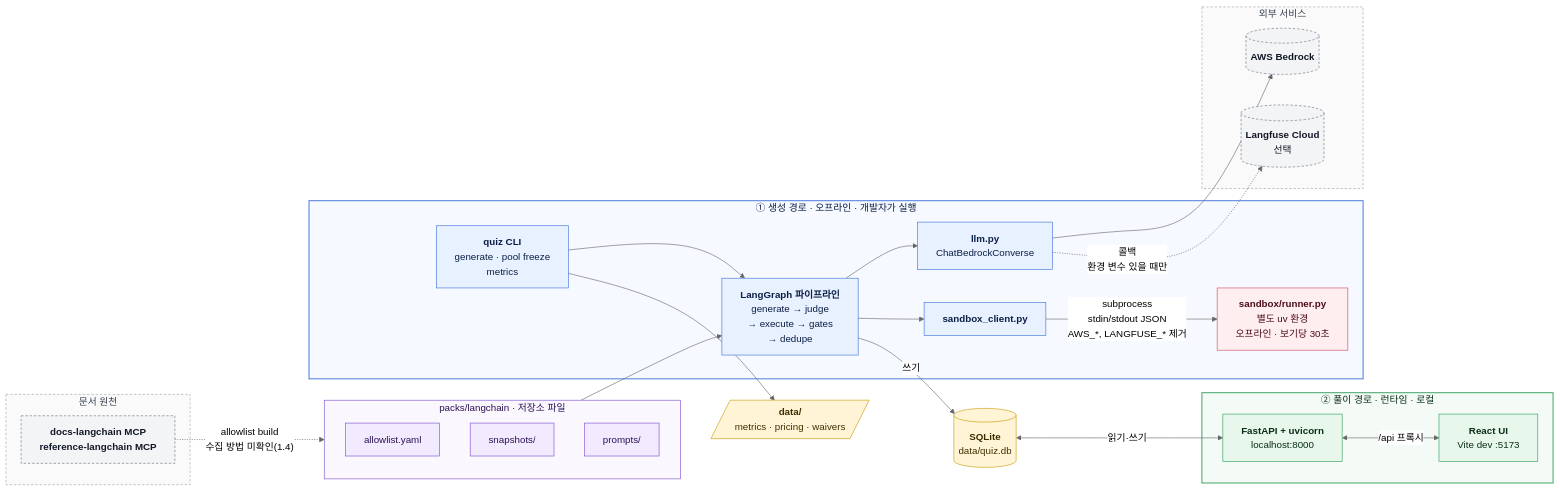
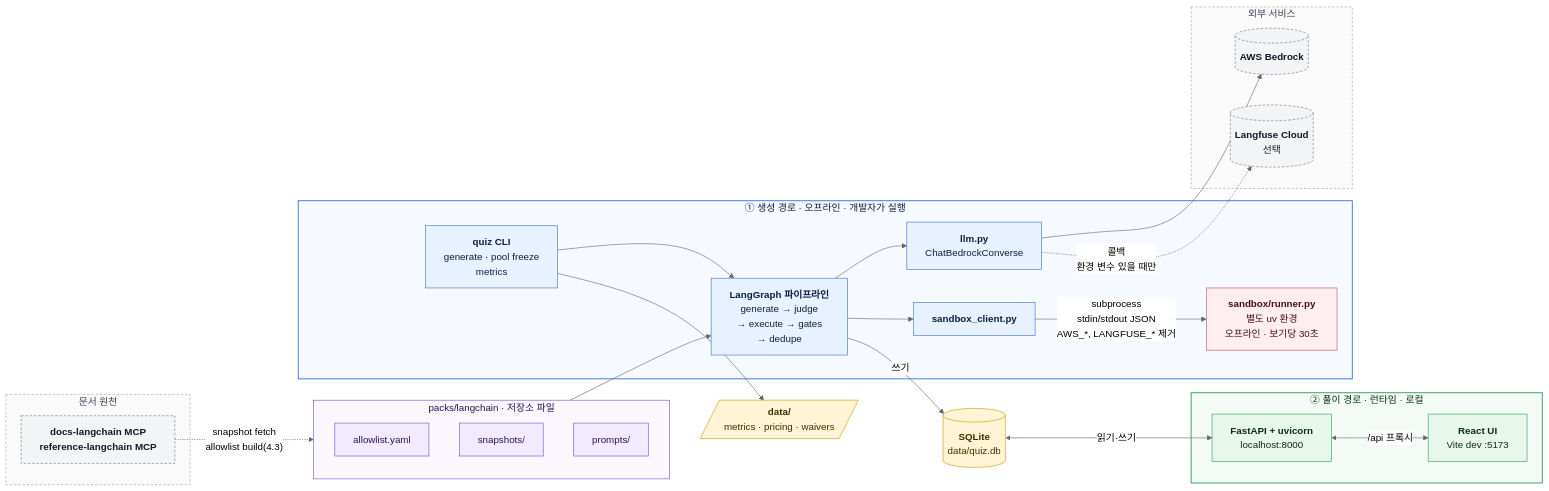
One commit to Lana-sds/ax_transformation_miniPJT changed the first of 4 diagrams in docs/02-spec-design/output/design.md. Above: the diagram before and after it, drawn with Mermaid (neutral theme). The commit also changed other lines of this file and 2 other files, not shown here.

````diff
--- a/docs/02-spec-design/output/design.md
+++ b/docs/02-spec-design/output/design.md
@@ -62,66 +62,66 @@
 ```mermaid
 flowchart LR
     subgraph SRC["문서 원천"]
         MCP["<b>docs-langchain MCP</b><br/><b>reference-langchain MCP</b>"]
     end
 
     subgraph PACK["packs/langchain · 저장소 파일"]
         AL["allowlist.yaml"]
         SNAP["snapshots/"]
         PR["prompts/"]
     end
 
     subgraph OFF["① 생성 경로 · 오프라인 · 개발자가 실행"]
         CLI["<b>quiz CLI</b><br/>generate · pool freeze<br/>metrics"]
         PIPE["<b>LangGraph 파이프라인</b><br/>generate → judge<br/>→ execute → gates<br/>→ dedupe"]
         LLM["<b>llm.py</b><br/>ChatBedrockConverse"]
         SBC["<b>sandbox_client.py</b>"]
         SBX["<b>sandbox/runner.py</b><br/>별도 uv 환경<br/>오프라인 · 보기당 30초"]
         CLI --> PIPE
         PIPE --> LLM
         PIPE --> SBC
         SBC -- "subprocess<br/>stdin/stdout JSON<br/>AWS_*, LANGFUSE_* 제거" --> SBX
     end
 
     DB[("<b>SQLite</b><br/>data/quiz.db")]
     FILES[/"<b>data/</b><br/>metrics · pricing · waivers"/]
 
     subgraph RUN["② 풀이 경로 · 런타임 · 로컬"]
         API["<b>FastAPI + uvicorn</b><br/>localhost:8000"]
         UI["<b>React UI</b><br/>Vite dev :5173"]
         API <-- "/api 프록시" --> UI
     end
 
     subgraph CLOUD["외부 서비스"]
         BR[("<b>AWS Bedrock</b>")]
         LF[("<b>Langfuse Cloud</b><br/>선택")]
     end
 
-    MCP -. "allowlist build<br/>수집 방법 미확인(1.4)" .-> PACK
+    MCP -. "snapshot fetch<br/>allowlist build(4.3)" .-> PACK
     PACK --> PIPE
     LLM --> BR
     LLM -. "콜백<br/>환경 변수 있을 때만" .-> LF
     PIPE -- "쓰기" --> DB
     CLI --> FILES
     DB <-- "읽기·쓰기" --> API
 
     classDef off fill:#e8f1ff,stroke:#3b6fd8,color:#0b1f44
     classDef sbx fill:#ffeef0,stroke:#d04860,color:#4a0d18
     classDef run fill:#e7f7ec,stroke:#2f9e5a,color:#0b2e18
     classDef store fill:#fff5d6,stroke:#c99a06,color:#3d2e00
     classDef pack fill:#f2ebff,stroke:#7c4dcc,color:#2a1052
     classDef ext fill:#f3f4f6,stroke:#6b7280,color:#111827,stroke-dasharray:4 3
 
     class CLI,PIPE,LLM,SBC off
     class SBX sbx
     class API,UI run
     class DB,FILES store
     class AL,SNAP,PR pack
     class MCP,BR,LF ext
 
     style OFF fill:#f6f9ff,stroke:#3b6fd8,stroke-width:1.5px,color:#0b1f44
     style RUN fill:#f4fbf6,stroke:#2f9e5a,stroke-width:1.5px,color:#0b2e18
     style PACK fill:#faf7ff,stroke:#7c4dcc,stroke-width:1px,color:#2a1052
     style SRC fill:#fafafa,stroke:#9ca3af,stroke-dasharray:4 3,color:#374151
     style CLOUD fill:#fafafa,stroke:#9ca3af,stroke-dasharray:4 3,color:#374151
 ```
````
